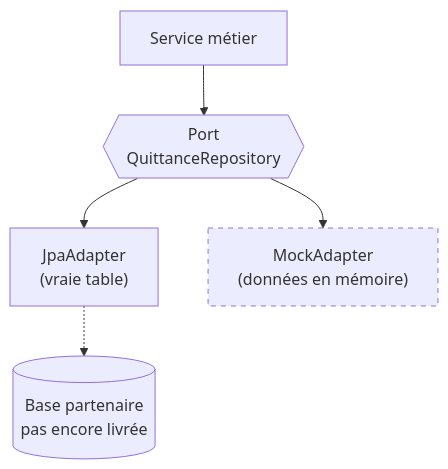
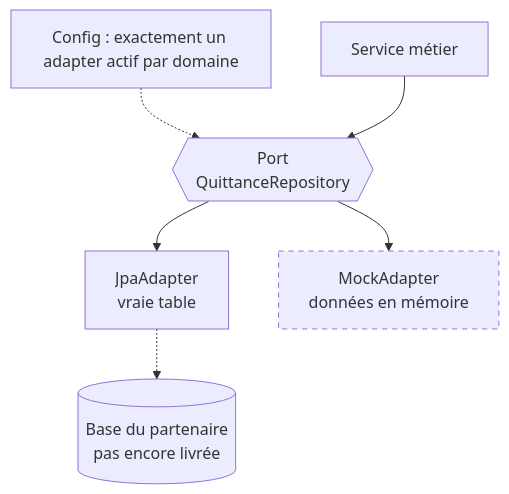
The first of 3 diagrams in site/src/content/articles/coder-sans-la-vraie-donnee.md (bzinoun/curator), drawn with Mermaid before and after one commit. The commit also changed other lines of this file and 8 other files, not shown here.

First line of the commit message:
style: articles rewritten by Fable — narrative direct voice, 3-4 diagrams each

````diff
--- a/site/src/content/articles/coder-sans-la-vraie-donnee.md
+++ b/site/src/content/articles/coder-sans-la-vraie-donnee.md
@@ -26,8 +24,9 @@
 ```mermaid
 flowchart TD
+    C["Config : exactement un adapter actif par domaine"] -.-> P
     S[Service métier] --> P{{"Port<br/>QuittanceRepository"}}
-    P --> J["JpaAdapter<br/>(vraie table)"]
-    P --> M["MockAdapter<br/>(données en mémoire)"]
-    J -.-> DB[(Base partenaire<br/>pas encore livrée)]
+    P --> J["JpaAdapter<br/>vraie table"]
+    P --> M["MockAdapter<br/>données en mémoire"]
+    J -.-> DB[("Base du partenaire<br/>pas encore livrée")]
     style M stroke-dasharray: 5 5
 ```
````
